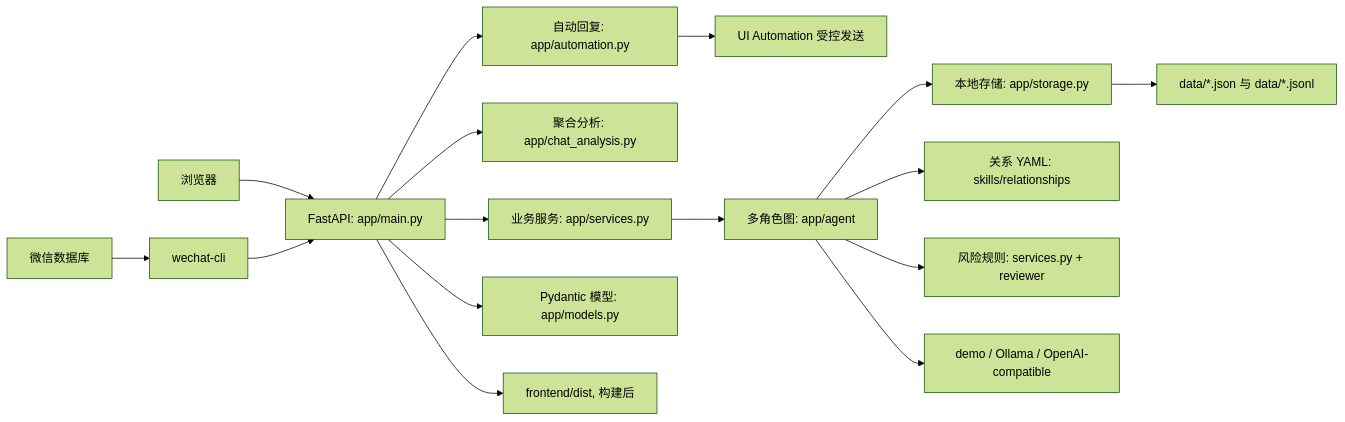
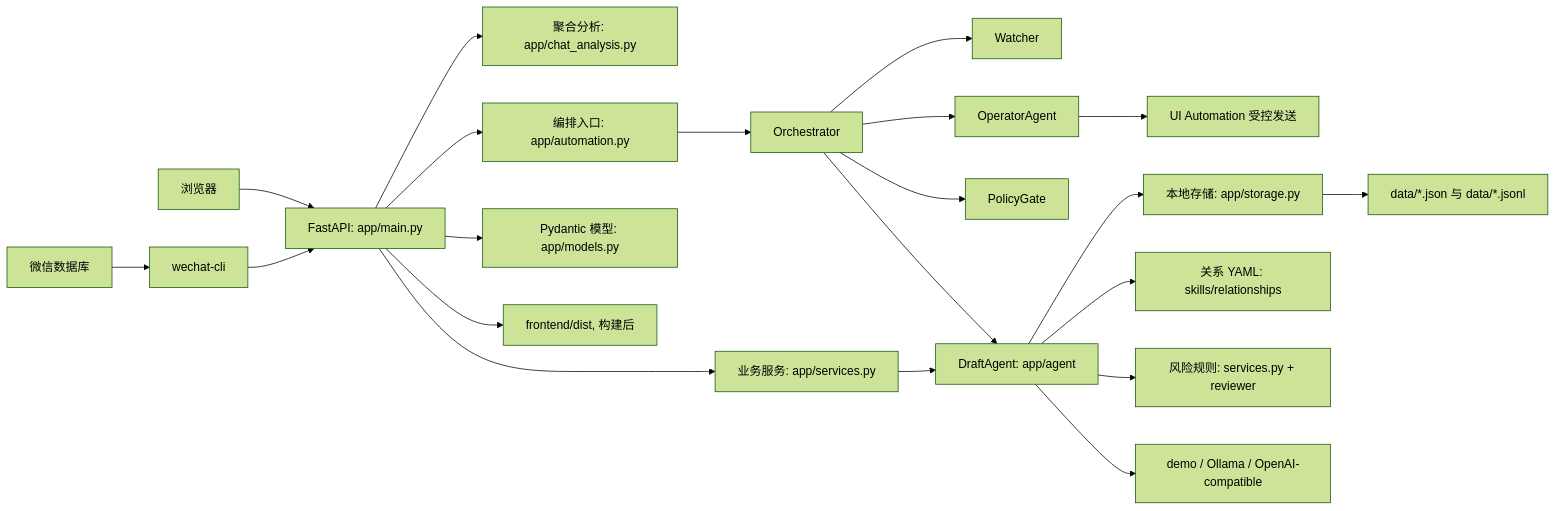
One commit to Barry04/wxChatAIAssistant changed the diagram in docs/harness/architecture.md. Above: the diagram before and after it, drawn with Mermaid (forest theme). The commit also changed other lines of this file and 28 other files, not shown here.

````diff
--- a/docs/harness/architecture.md
+++ b/docs/harness/architecture.md
@@ -7,18 +7,23 @@
 ```mermaid
 flowchart LR
     Browser[浏览器] --> API[FastAPI: app/main.py]
     WeChatDB[微信数据库] --> Reader[wechat-cli]
     Reader --> API
     API --> Service[业务服务: app/services.py]
     API --> Analysis[聚合分析: app/chat_analysis.py]
-    API --> Worker[自动回复: app/automation.py]
-    Worker --> WeChatUI[UI Automation 受控发送]
+    API --> Worker[编排入口: app/automation.py]
+    Worker --> Orch[Orchestrator]
+    Orch --> Watch[Watcher]
+    Orch --> Draft[DraftAgent: app/agent]
+    Orch --> Policy[PolicyGate]
+    Orch --> Op[OperatorAgent]
+    Op --> WeChatUI[UI Automation 受控发送]
     API --> Model[Pydantic 模型: app/models.py]
-    Service --> Agent[多角色图: app/agent]
-    Agent --> Store[本地存储: app/storage.py]
-    Agent --> Relation[关系 YAML: skills/relationships]
-    Agent --> Safety[风险规则: services.py + reviewer]
-    Agent --> Provider[demo / Ollama / OpenAI-compatible]
+    Service --> Draft
+    Draft --> Store[本地存储: app/storage.py]
+    Draft --> Relation[关系 YAML: skills/relationships]
+    Draft --> Safety[风险规则: services.py + reviewer]
+    Draft --> Provider[demo / Ollama / OpenAI-compatible]
     Store --> Data[data/*.json 与 data/*.jsonl]
     API --> Static[frontend/dist, 构建后]
 ```
````
